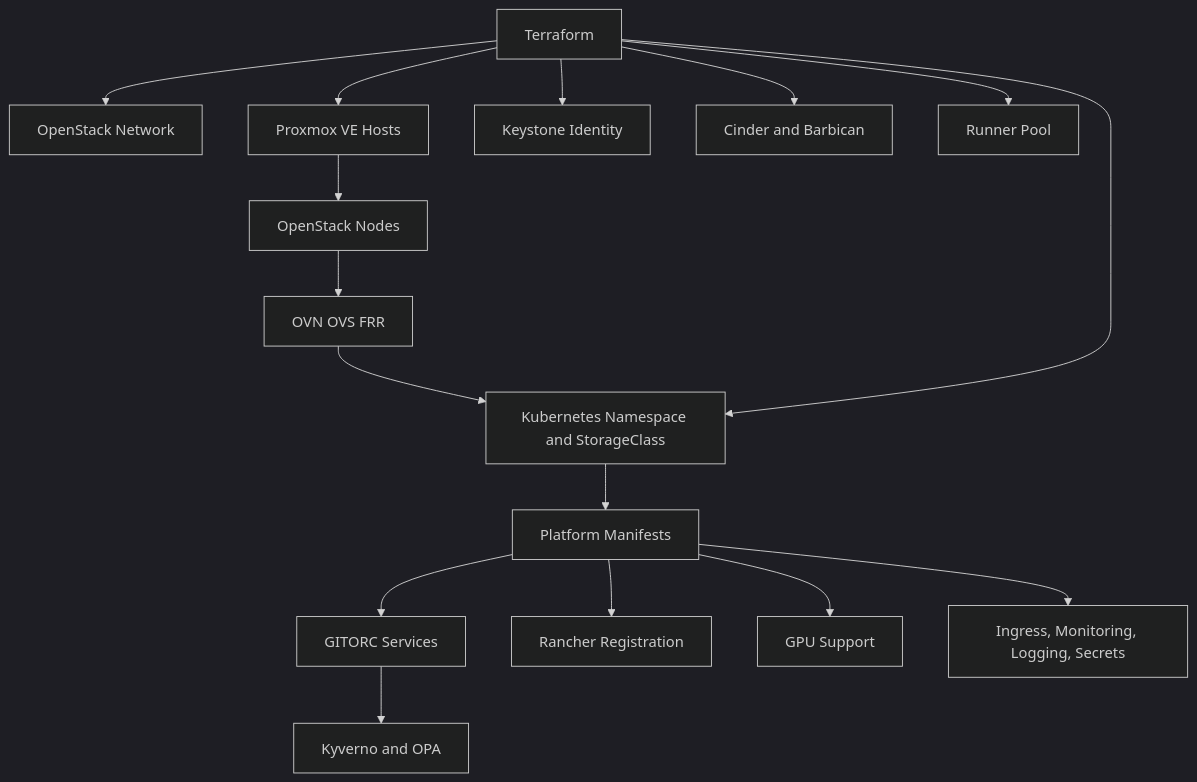
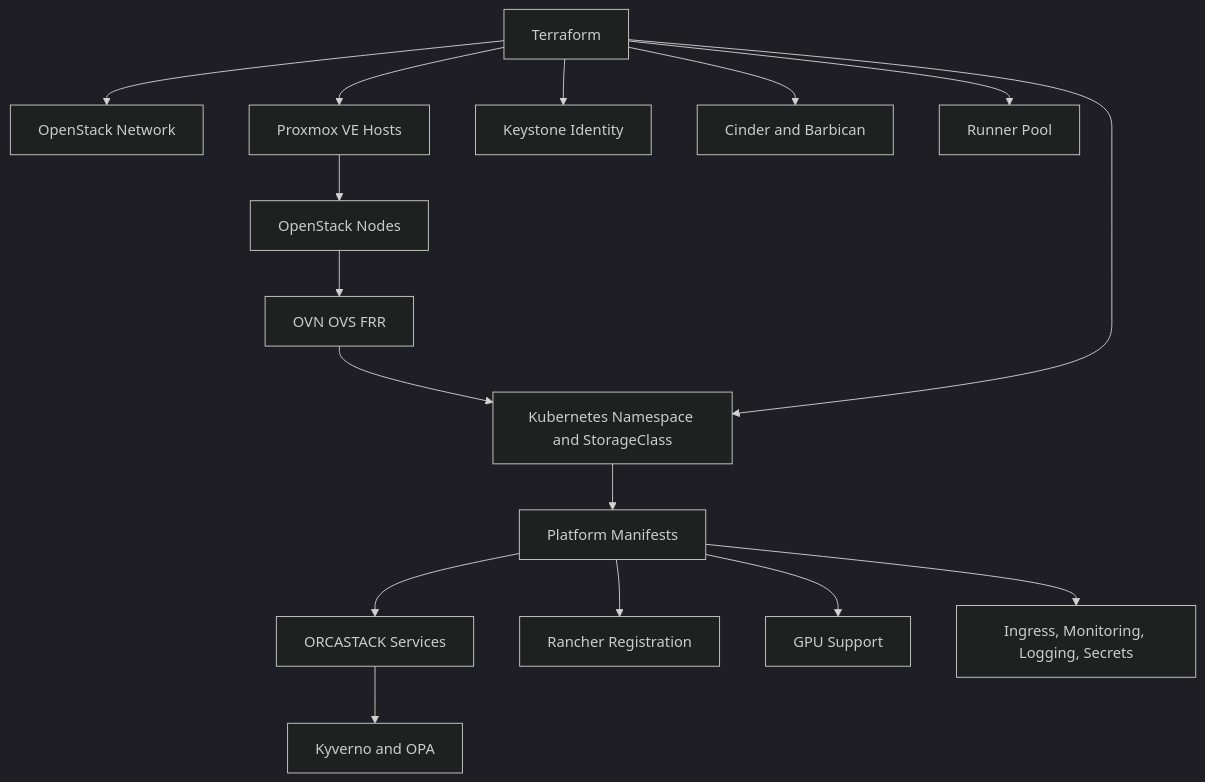
One commit to Orcastack/OrcaStack changed the diagram in Documents/Private-Cloud-Deployment.md. Above: the diagram before and after it, drawn with Mermaid (dark theme). The commit also changed other lines of this file and 239 other files, not shown here.

Commit message:
commit renamed project from gitorc to orcastack

````diff
--- a/Documents/Private-Cloud-Deployment.md
+++ b/Documents/Private-Cloud-Deployment.md
@@ -29,18 +29,18 @@
 ```mermaid
 flowchart TD
   TF[Terraform] --> OSNet[OpenStack Network]
   TF --> PVirt[Proxmox VE Hosts]
   TF --> OSID[Keystone Identity]
   TF --> OSStore[Cinder and Barbican]
   TF --> Runners[Runner Pool]
   PVirt --> OpenStackNodes[OpenStack Nodes]
   OpenStackNodes --> Fabric[OVN OVS FRR]
   Fabric --> K8sNS[Kubernetes Namespace and StorageClass]
   TF --> K8sNS[Kubernetes Namespace and StorageClass]
   K8sNS --> Manifests[Platform Manifests]
-  Manifests --> Services[GITORC Services]
+  Manifests --> Services[ORCASTACK Services]
   Manifests --> Rancher[Rancher Registration]
   Manifests --> GPU[GPU Support]
   Manifests --> Ops[Ingress, Monitoring, Logging, Secrets]
   Services --> Policy[Kyverno and OPA]
 ```
````
